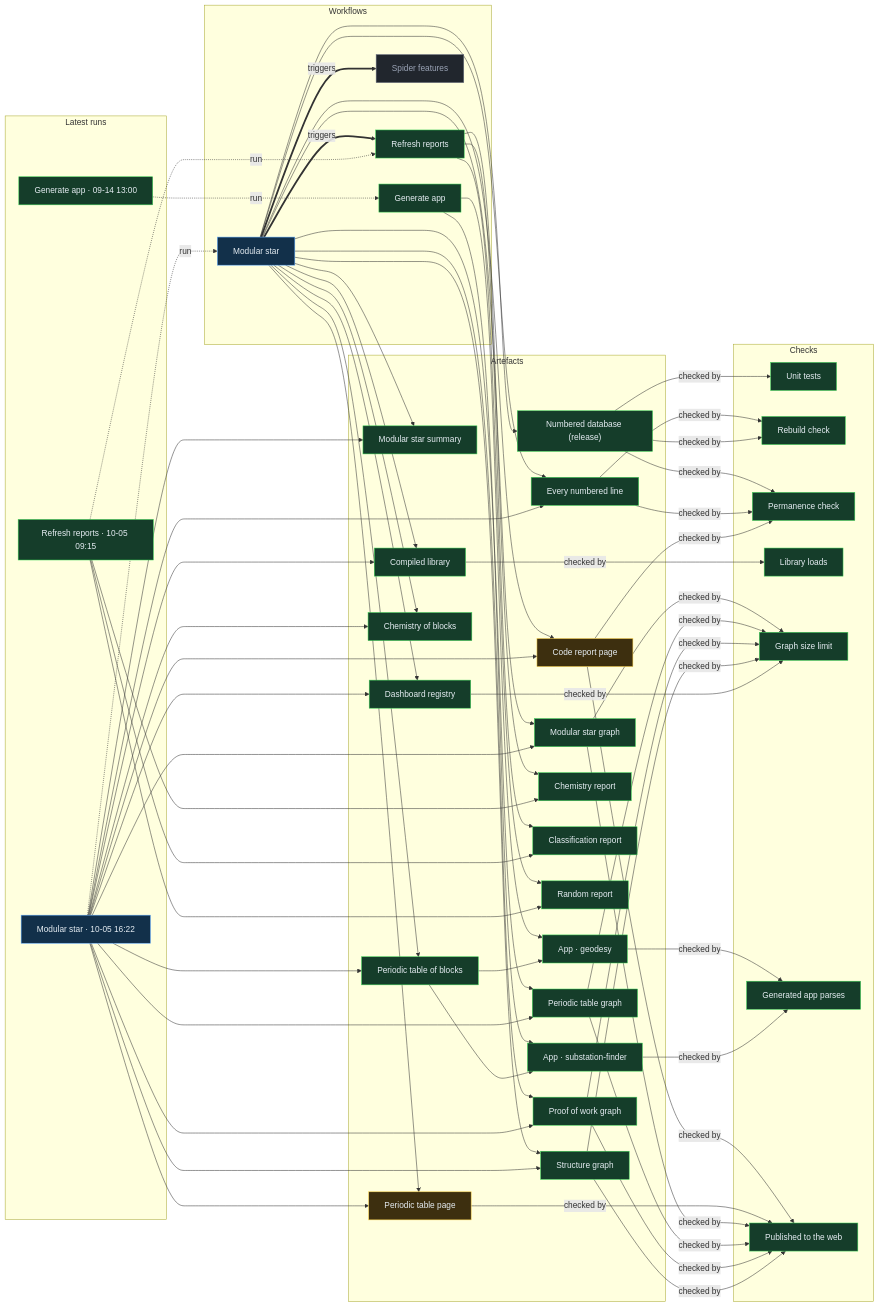
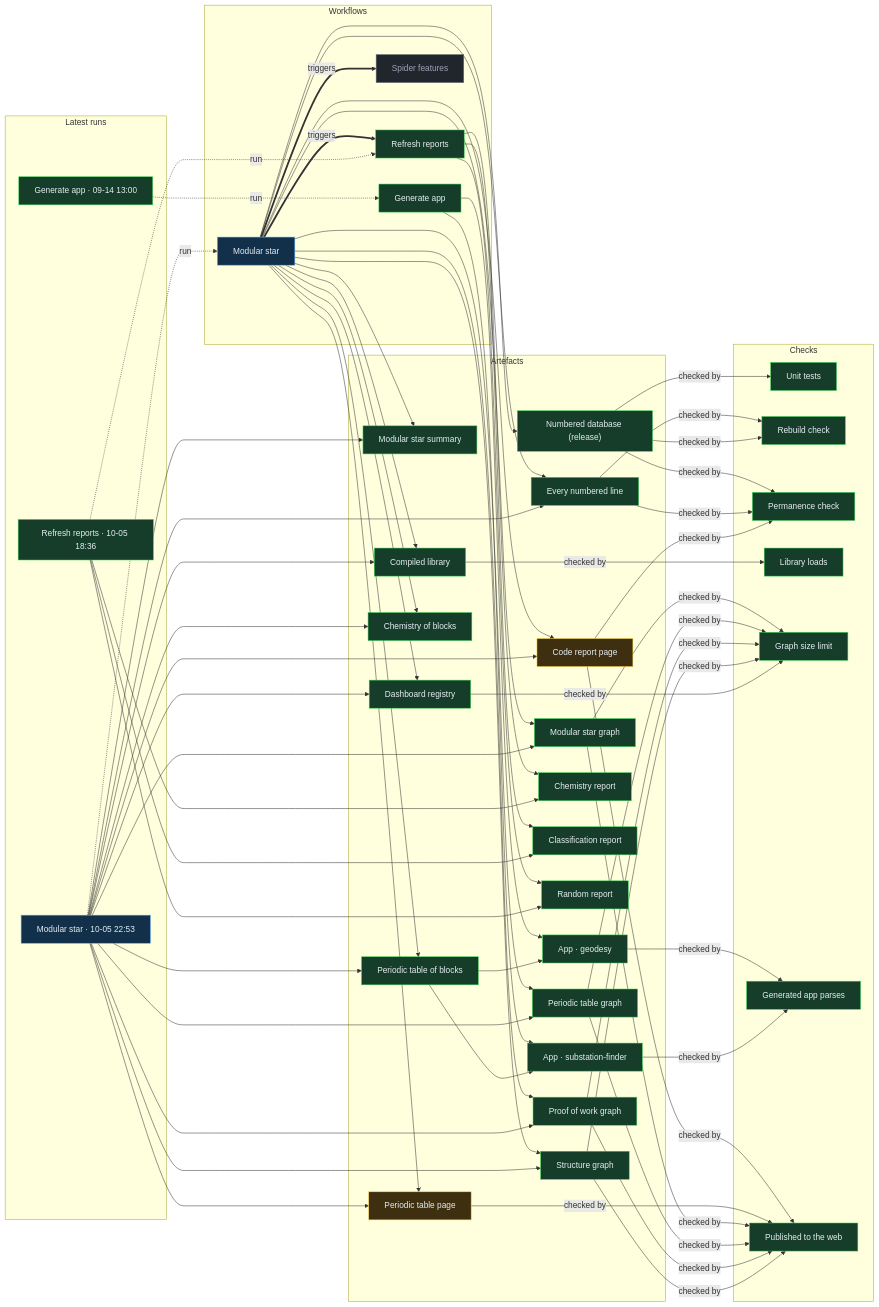
One commit to Ventusltd/stars changed the diagram in proof/PROOF.md. Above: the diagram before and after it, drawn with Mermaid. The commit also changed other lines of this file and 34 other files, not shown here.

Commit message:
Modular star 2026-10-05T22:56Z

```diff
--- a/proof/PROOF.md
+++ b/proof/PROOF.md
@@ -24,8 +24,8 @@
   n_wf_spider_features["Spider features"]:::off
   end
   subgraph g_runs["Latest runs"]
-  n_run_37340304788["Modular star · 10-05 16:22"]:::live
-  n_run_37288855089["Refresh reports · 10-05 09:15"]:::ok
+  n_run_37385282809["Modular star · 10-05 22:53"]:::live
+  n_run_37357198137["Refresh reports · 10-05 18:36"]:::ok
   n_run_34846587798["Generate app · 09-14 13:00"]:::ok
   end
   subgraph g_artefacts["Artefacts"]
@@ -59,39 +59,39 @@
   end
   n_wf_modular_star == triggers ==> n_wf_refresh
   n_wf_modular_star == triggers ==> n_wf_spider_features
-  n_run_37340304788 -. run .-> n_wf_modular_star
-  n_run_37288855089 -. run .-> n_wf_refresh
+  n_run_37385282809 -. run .-> n_wf_modular_star
+  n_run_37357198137 -. run .-> n_wf_refresh
   n_run_34846587798 -. run .-> n_wf_generate
   n_wf_modular_star --> n_art_summary
-  n_run_37340304788 --> n_art_summary
+  n_run_37385282809 --> n_art_summary
   n_wf_modular_star --> n_art_lines
-  n_run_37340304788 --> n_art_lines
+  n_run_37385282809 --> n_art_lines
   n_wf_modular_star --> n_art_code
-  n_run_37340304788 --> n_art_code
+  n_run_37385282809 --> n_art_code
   n_wf_modular_star --> n_art_modular_graph
-  n_run_37340304788 --> n_art_modular_graph
+  n_run_37385282809 --> n_art_modular_graph
   n_wf_modular_star --> n_art_blocks
-  n_run_37340304788 --> n_art_blocks
+  n_run_37385282809 --> n_art_blocks
   n_wf_modular_star --> n_art_table
-  n_run_37340304788 --> n_art_table
+  n_run_37385282809 --> n_art_table
   n_wf_modular_star --> n_art_blocks_graph
-  n_run_37340304788 --> n_art_blocks_graph
+  n_run_37385282809 --> n_art_blocks_graph
   n_wf_modular_star --> n_art_reactions
-  n_run_37340304788 --> n_art_reactions
+  n_run_37385282809 --> n_art_reactions
   n_wf_modular_star --> n_art_library
-  n_run_37340304788 --> n_art_library
+  n_run_37385282809 --> n_art_library
   n_wf_modular_star --> n_art_features
-  n_run_37340304788 --> n_art_features
+  n_run_37385282809 --> n_art_features
   n_wf_modular_star --> n_art_proof
-  n_run_37340304788 --> n_art_proof
+  n_run_37385282809 --> n_art_proof
   n_wf_modular_star --> n_art_structure
-  n_run_37340304788 --> n_art_structure
+  n_run_37385282809 --> n_art_structure
   n_wf_refresh --> n_art_chemistry
-  n_run_37288855089 --> n_art_chemistry
+  n_run_37357198137 --> n_art_chemistry
   n_wf_refresh --> n_art_vedic
-  n_run_37288855089 --> n_art_vedic
+  n_run_37357198137 --> n_art_vedic
   n_wf_refresh --> n_art_random
-  n_run_37288855089 --> n_art_random
+  n_run_37357198137 --> n_art_random
   n_wf_modular_star --> n_art_release
   n_wf_generate --> n_app_geodesy
   n_art_blocks --> n_app_geodesy
```
